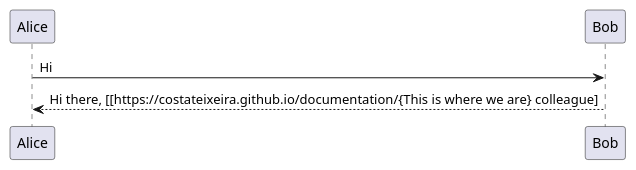
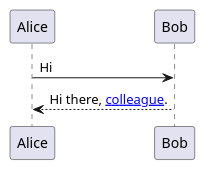
Before and after one commit to costateixeira/documentation: the first of 3 diagrams in diagrams.md, drawn with PlantUML.

```diff
--- a/diagrams.md
+++ b/diagrams.md
@@ -18,4 +18,4 @@
 @startuml
 Alice -> Bob: Hi
-Bob --> Alice: Hi there, [[https://costateixeira.github.io/documentation/{This is where we are} colleague]
+Bob --> Alice: Hi there, [[https://costateixeira.github.io/documentation/{This is where we are} colleague]].
 @enduml
```
